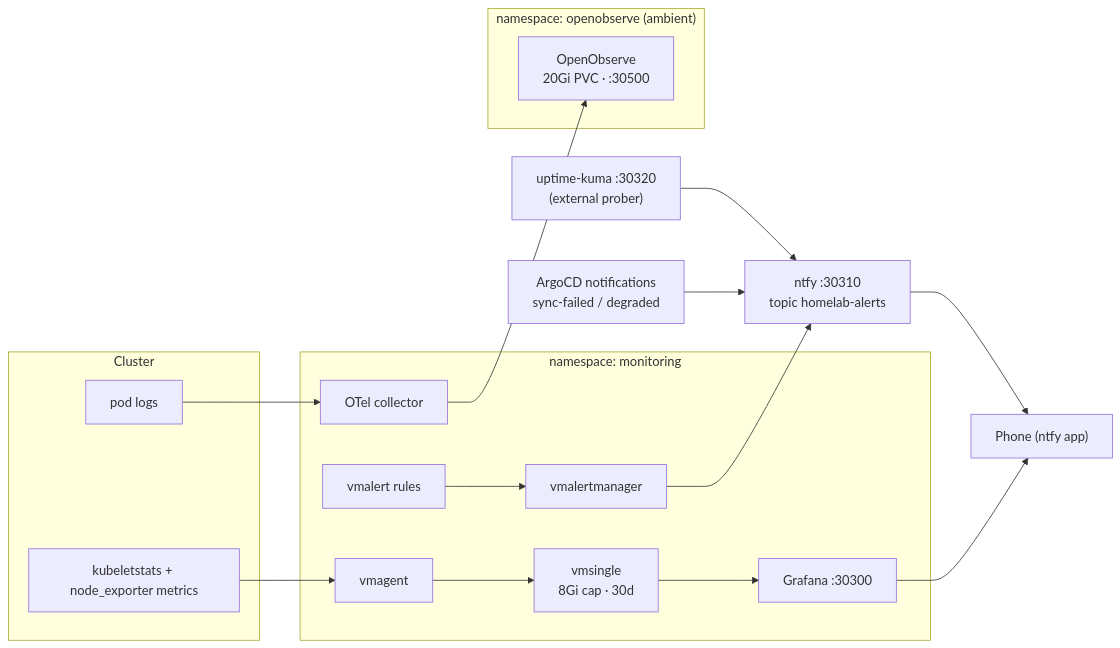
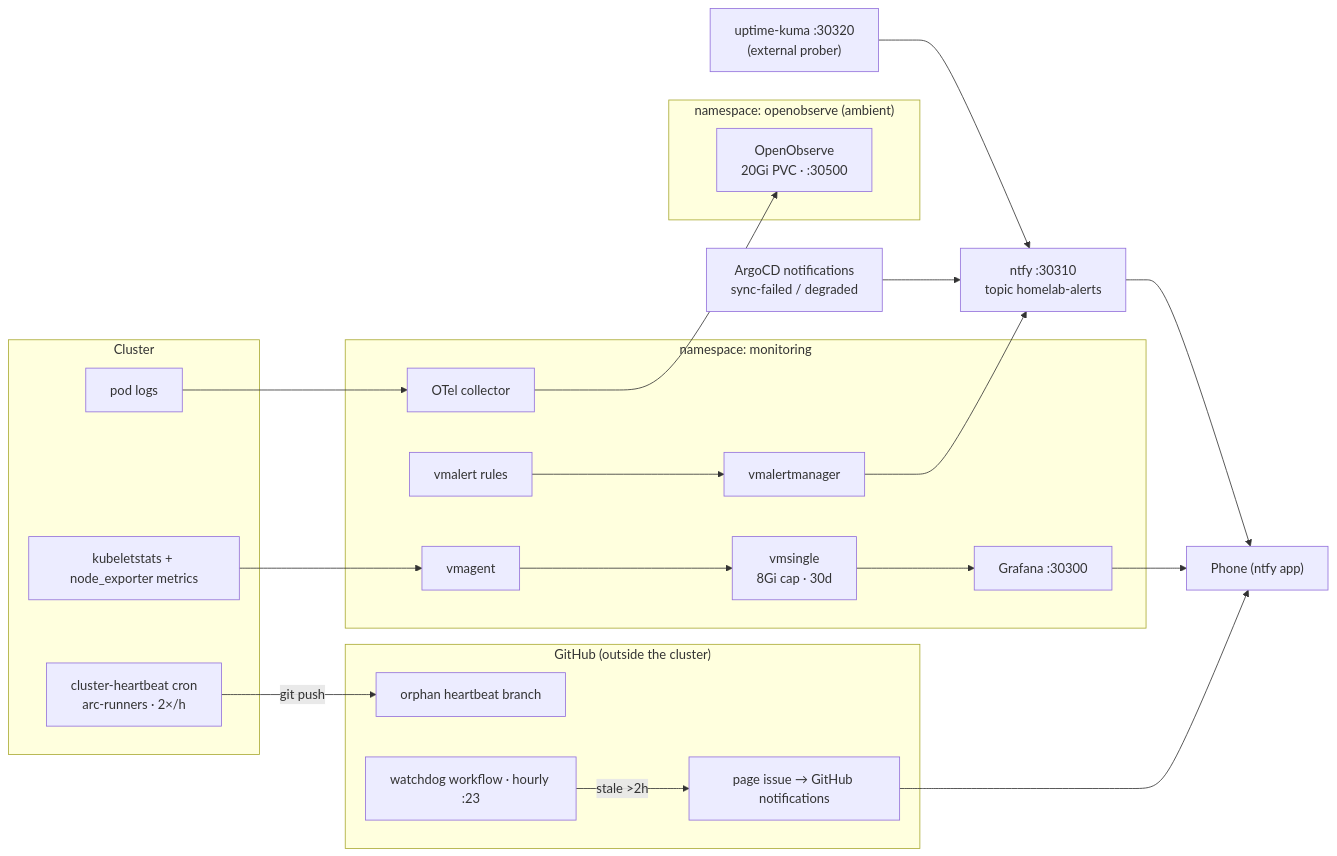
One commit to Blacklotus89898/Homelab changed the sixth of 8 diagrams in docs/architecture.md. Above: the diagram before and after it, drawn with Mermaid. The commit also changed other lines of this file and 1 other file, not shown here.

Commit message:
docs: correct dead-man switch status to actual (built, NOT E2E-verified)
ROADMAP and architecture claimed the dead-man switch was DONE/E2E-verified
2026-10-07. Reality: no beat has ever landed (expired arc-runner PAT) and
the watchdog page step failed on every scheduled run (fixed in 89094d1).
Marked back to open with the full defect/verification checklist; authentik
OIDC item annotated with the 2026-10-08 torn-WAL block and staged recovery.

````diff
--- a/docs/architecture.md
+++ b/docs/architecture.md
@@ -223,27 +223,36 @@
 ```mermaid
 flowchart LR
   subgraph sources["Cluster"]
     PODS["pod logs"]
     KUBE["kubeletstats + node_exporter metrics"]
+    HB["cluster-heartbeat cron<br/>arc-runners · 2×/h"]
   end
   subgraph mon["namespace: monitoring"]
     COLL["OTel collector"]
     VMA["vmagent"] --> VMS["vmsingle<br/>8Gi cap · 30d"]
     VMS --> GRAF["Grafana :30300"]
     VMAL["vmalert rules"] --> VMM["vmalertmanager"]
   end
   subgraph oons["namespace: openobserve (ambient)"]
     OO["OpenObserve<br/>20Gi PVC · :30500"]
+  end
+  subgraph gh["GitHub (outside the cluster)"]
+    BR["orphan heartbeat branch"]
+    WD["watchdog workflow · hourly :23"]
+    ISS["page issue → GitHub notifications"]
   end
   NTFY["ntfy :30310<br/>topic homelab-alerts"]
   KUMA["uptime-kuma :30320<br/>(external prober)"]
   ARGN["ArgoCD notifications<br/>sync-failed / degraded"]
   PHONE["Phone (ntfy app)"]
   PODS --> COLL --> OO
   KUBE --> VMA
   VMM --> NTFY
   KUMA --> NTFY
   ARGN --> NTFY
   NTFY --> PHONE
   GRAF --> PHONE
+  HB -->|"git push"| BR
+  WD -->|"stale >2h"| ISS
+  ISS --> PHONE
 ```
````
